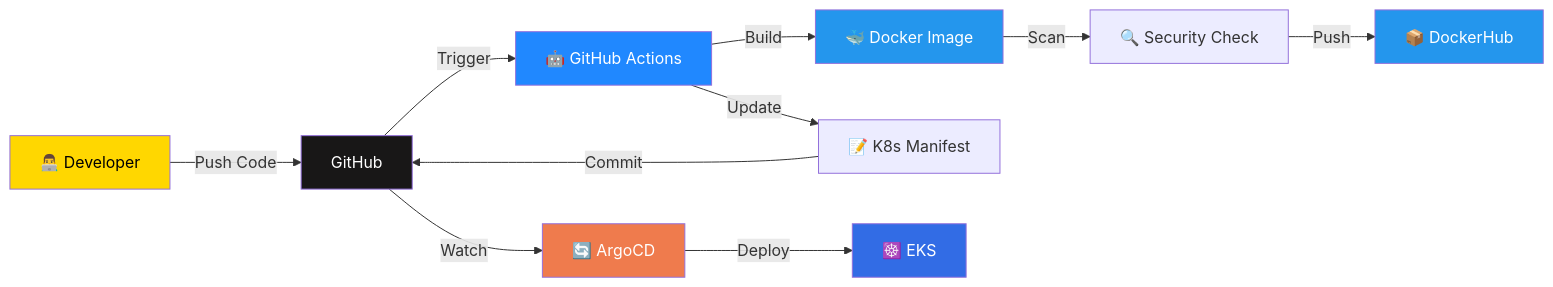
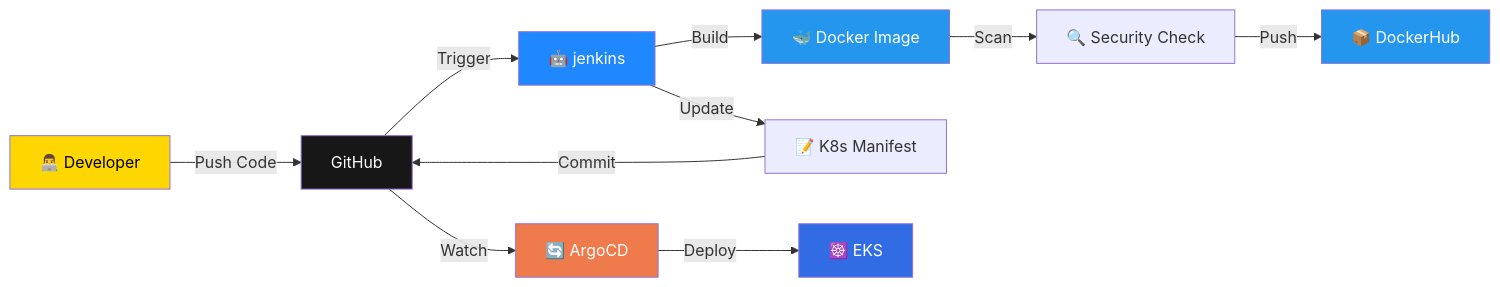
One commit to MohamedElsayad5/CloudDevOpsProject changed the diagram in README.md. Above: the diagram before and after it, drawn with Mermaid. The commit also changed other lines of this file, not shown here.

````diff
--- a/README.md
+++ b/README.md
@@ -198,20 +198,20 @@
 ```mermaid
 graph LR
     A[👨‍💻 Developer] -->|Push Code| B[GitHub]
-    B -->|Trigger| C[🤖 GitHub Actions]
+    B -->|Trigger| C[🤖 jenkins]
     C -->|Build| D[🐳 Docker Image]
     D -->|Scan| E[🔍 Security Check]
     E -->|Push| F[📦 DockerHub]
     C -->|Update| G[📝 K8s Manifest]
     G -->|Commit| B
     B -->|Watch| H[🔄 ArgoCD]
     H -->|Deploy| I[☸️ EKS]
     
     style A fill:#FFD700,color:#000
     style B fill:#181717,color:#fff
     style C fill:#2088FF,color:#fff
     style D fill:#2496ED,color:#fff
     style F fill:#2496ED,color:#fff
     style H fill:#EF7B4D,color:#fff
     style I fill:#326CE5,color:#fff
 ```
````
